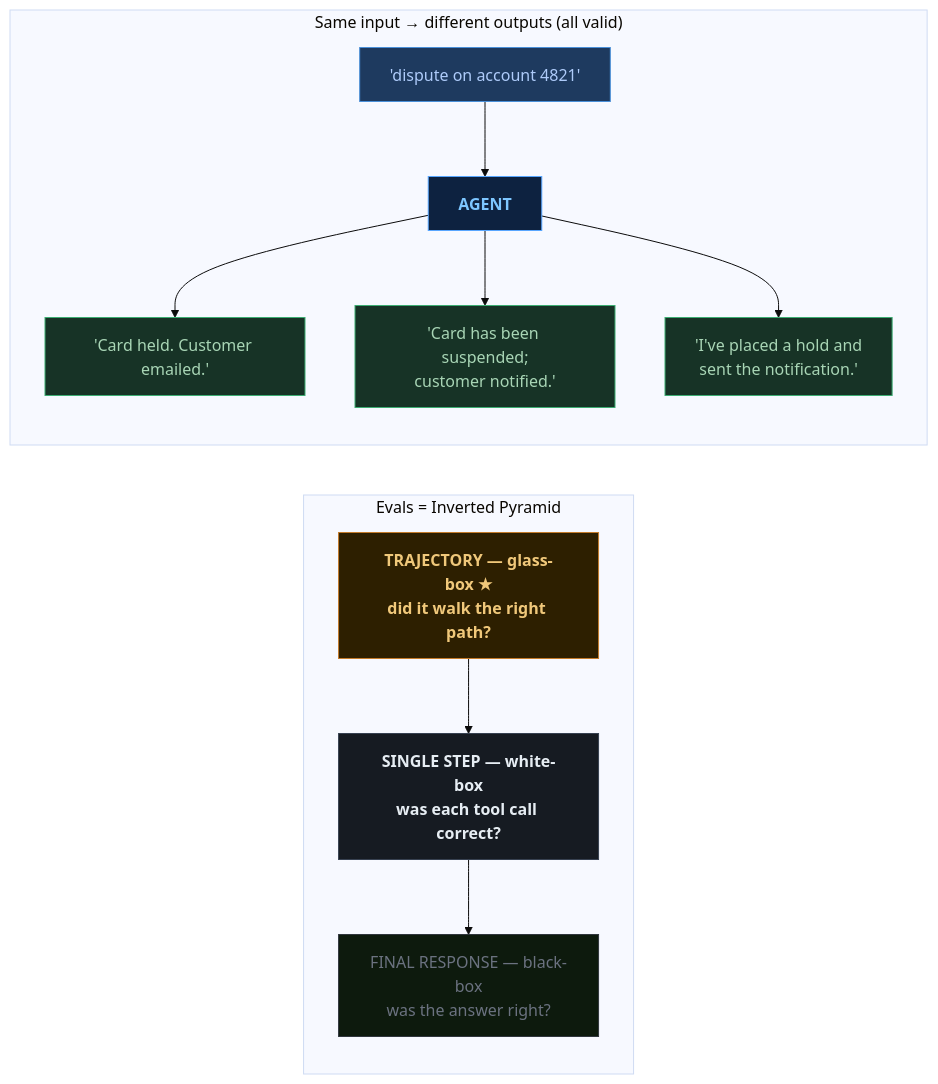
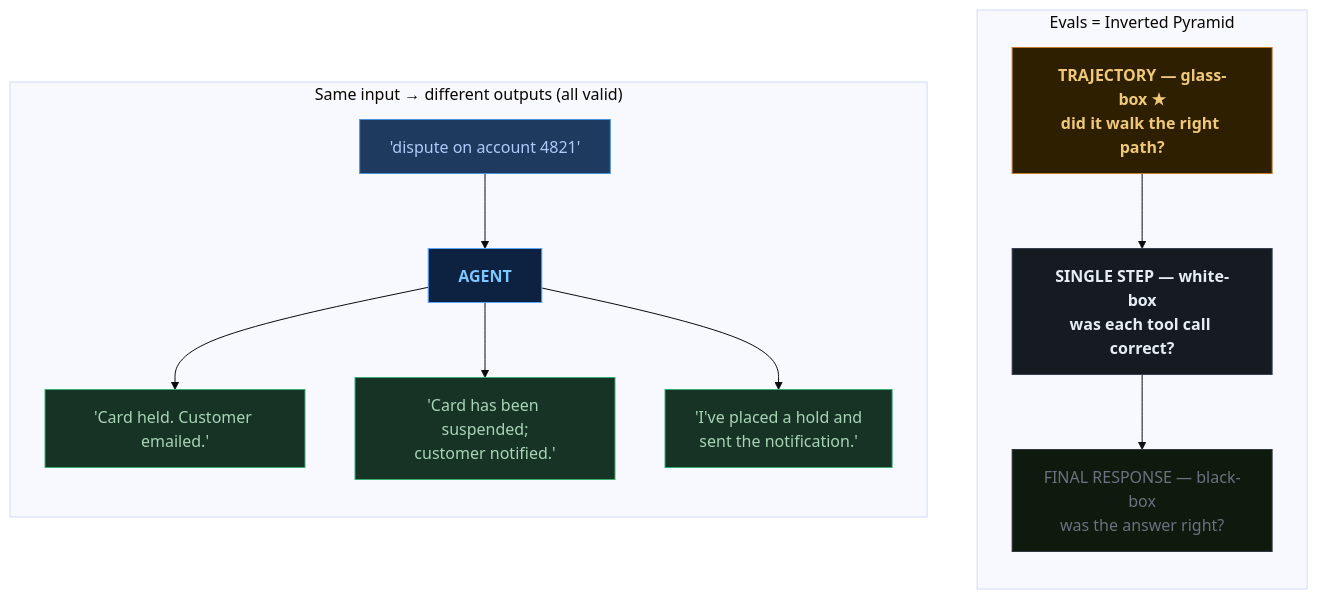
The first of 2 diagrams in slides/section5.md (jaszczook/your-next-feature-might-need-an-agent), drawn with Mermaid (base theme) before and after one commit. The commit also changed 7 other files, not shown here.

````diff
--- a/slides/section5.md
+++ b/slides/section5.md
@@ -40,29 +40,29 @@
 ```mermaid
-flowchart TB
+flowchart LR
     subgraph ND["Same input → different outputs (all valid)"]
         direction TB
         P["'dispute on account 4821'"]:::prompt
         A["AGENT"]:::agent
         O1["'Card held. Customer emailed.'"]:::out
         O2["'Card has been suspended;\ncustomer notified.'"]:::out
         O3["'I've placed a hold and\nsent the notification.'"]:::out
         P --> A --> O1 & O2 & O3
     end
 
     subgraph EV["Evals = Inverted Pyramid"]
         direction TB
         T["TRAJECTORY — glass-box ★\ndid it walk the right path?"]:::new
         S["SINGLE STEP — white-box\nwas each tool call correct?"]:::mid
         F["FINAL RESPONSE — black-box\nwas the answer right?"]:::bot
         T --> S --> F
     end
 
     ND ~~~ EV
 
     classDef prompt fill:#1e3a5f,stroke:#4a90d9,color:#aecbfa
     classDef agent fill:#0d2240,stroke:#58a6ff,color:#7dc6ff,font-weight:700
     classDef out fill:#173326,stroke:#3cad72,color:#a8d5b5
     classDef new fill:#2d1f00,stroke:#c47b2a,color:#f0c87a,font-weight:700
     classDef mid fill:#161b22,stroke:#374151,color:#e6edf3,font-weight:700
     classDef bot fill:#0d1a0d,stroke:#30363d,color:#6b7280
 ```
````
